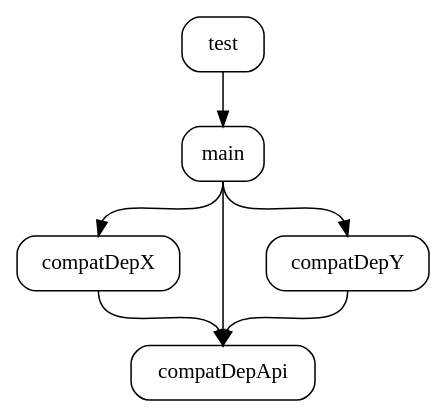
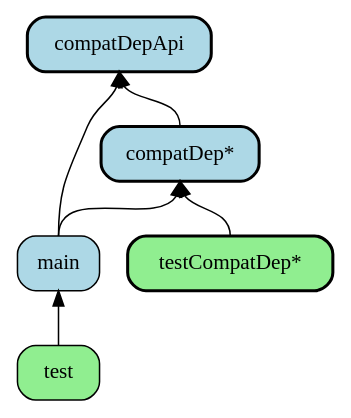
Before and after one commit to davidburstrom/version-compatibility-gradle-plugin: the diagram in docs/images/sourcesets.dot, drawn with Graphviz. The commit also changed 9 other files, not shown here.

```diff
--- a/docs/images/sourcesets.dot
+++ b/docs/images/sourcesets.dot
@@ -1,11 +1,16 @@
 digraph sourcesets {
-    node [shape=box style=rounded]
-    edge [tailport=s headport=n]
+    node [shape=box style="rounded,filled"]
+    edge [tailport=s headport=n dir=back]
 
-    test -> main
-    main -> compatDepX
-    main -> compatDepApi
-    main -> compatDepY
-    compatDepX -> compatDepApi
-    compatDepY -> compatDepApi
+    "compatDep*" [style="bold,rounded,filled" fillcolor=lightblue]
+    compatDepApi [style="bold,rounded,filled" fillcolor=lightblue]
+    main [fillcolor=lightblue]
+    test [fillcolor=lightgreen]
+    "testCompatDep*" [style="bold,rounded,filled" fillcolor=lightgreen]
+
+    "compatDep*" -> main
+    compatDepApi -> main
+    compatDepApi -> "compatDep*"
+    main -> test
+    "compatDep*" -> "testCompatDep*"
 }
```
